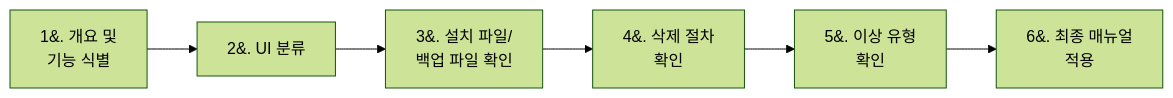
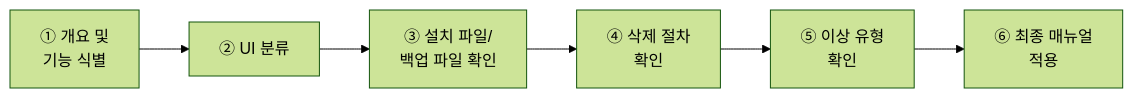
The fifth of 14 diagrams in _posts/2026-07-19-eip-application-packaging-study-2.md (sungjin-dev/sungjin-dev.github.io), drawn with Mermaid (forest theme) before and after one commit.

````diff
--- a/_posts/2026-07-19-eip-application-packaging-study-2.md
+++ b/_posts/2026-07-19-eip-application-packaging-study-2.md
@@ -328,8 +328,8 @@
 ```mermaid
 flowchart LR
-    A["1&#46; 개요 및<br>기능 식별"] --> B["2&#46; UI 분류"]
-    B --> C["3&#46; 설치 파일/<br>백업 파일 확인"]
-    C --> D["4&#46; 삭제 절차<br>확인"]
-    D --> E["5&#46; 이상 유형<br>확인"]
-    E --> F["6&#46; 최종 매뉴얼<br>적용"]
+    A["① 개요 및<br>기능 식별"] --> B["② UI 분류"]
+    B --> C["③ 설치 파일/<br>백업 파일 확인"]
+    C --> D["④ 삭제 절차<br>확인"]
+    D --> E["⑤ 이상 유형<br>확인"]
+    E --> F["⑥ 최종 매뉴얼<br>적용"]
 ```
````
